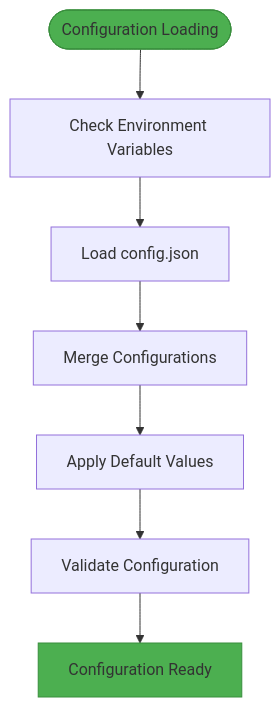
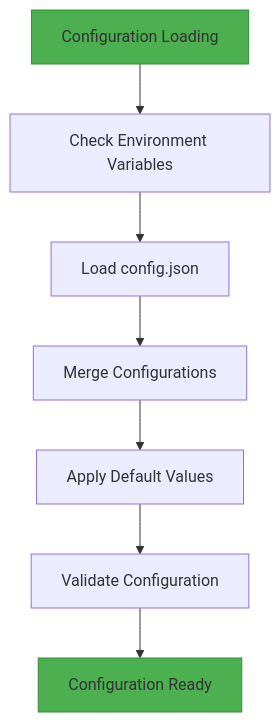
One commit to Likhithsai2580/RAVANA-WIKI changed the first of 4 diagrams in docs/LLM Integration/LLM Providers Configuration.md. Above: the diagram before and after it, drawn with Mermaid. The commit also changed other lines of this file and 52 other files, not shown here.

First line of the commit message:
chore(docs): update documentation content, fix Mermaid diagrams, and enhance README

````diff
--- a/docs/LLM Integration/LLM Providers Configuration.md
+++ b/docs/LLM Integration/LLM Providers Configuration.md
@@ -21,11 +21,11 @@
 ```mermaid
 flowchart TD
-Start([Configuration Loading]) --> EnvCheck["Check Environment Variables"]
+Start["Configuration Loading"] --> EnvCheck["Check Environment Variables"]
 EnvCheck --> ConfigFile["Load config.json"]
 ConfigFile --> Merge["Merge Configurations"]
 Merge --> Default["Apply Default Values"]
 Default --> Validation["Validate Configuration"]
 Validation --> Ready["Configuration Ready"]
 style Start fill:#4CAF50,stroke:#388E3C
 style Ready fill:#4CAF50,stroke:#388E3C
 ```
````
